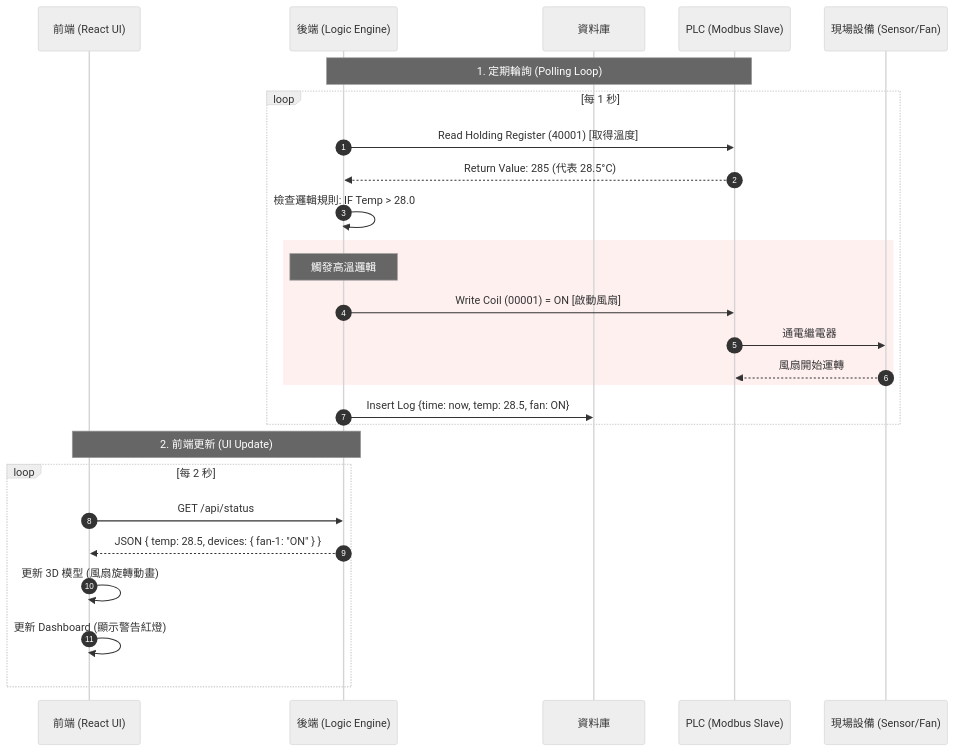
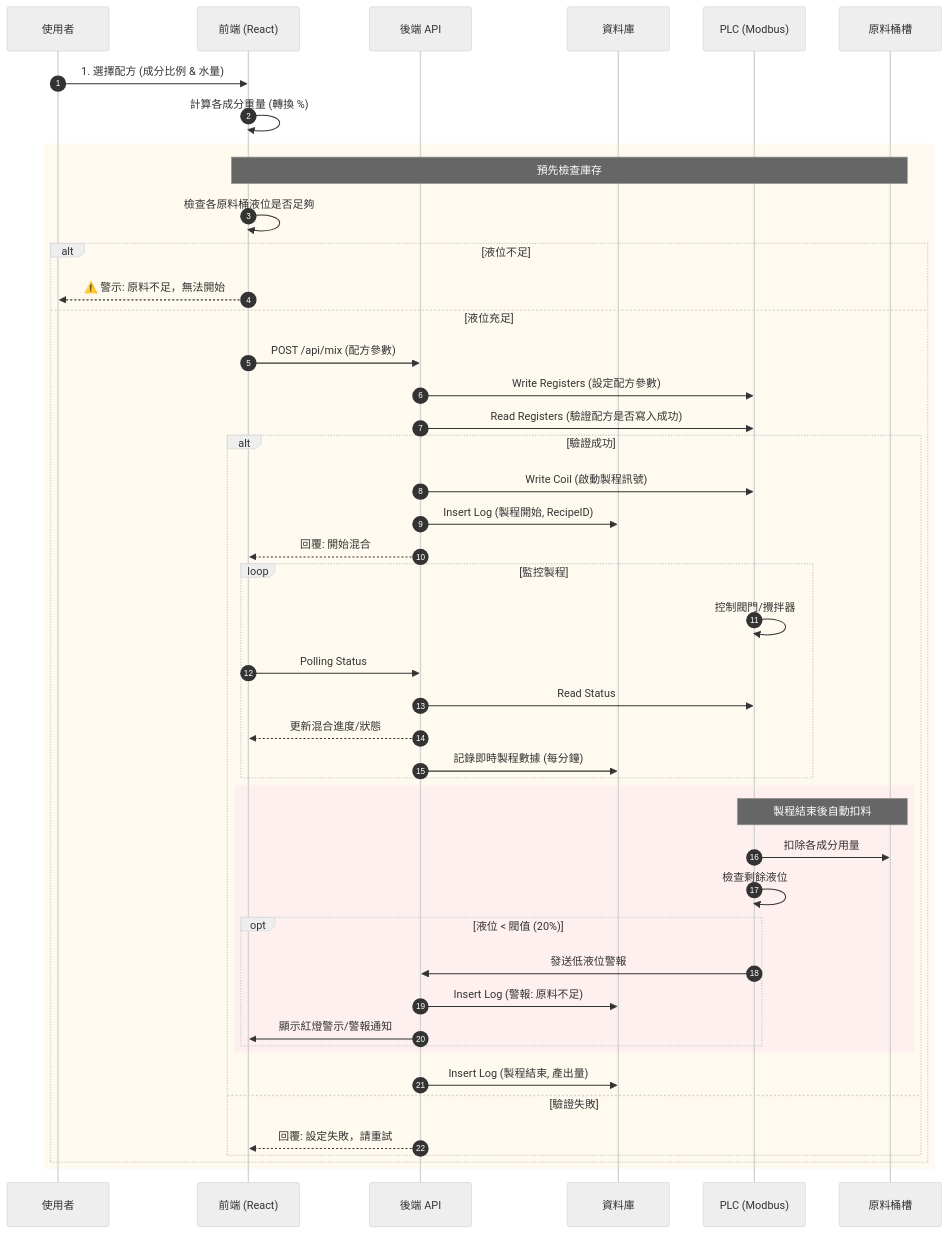
One commit to rocklon0526/greenhouse_scada changed the first of 3 diagrams in README.md. Above: the diagram before and after it, drawn with Mermaid (neutral theme). The commit also changed other lines of this file and 17 other files, not shown here.

````diff
--- a/README.md
+++ b/README.md
@@ -163,37 +23,56 @@
 ```mermaid
 sequenceDiagram
     autonumber
-    participant Frontend as 前端 (React UI)
-    participant Backend as 後端 (Logic Engine)
+    participant User as 使用者
+    participant FE as 前端 (React)
+    participant BE as 後端 API
     participant DB as 資料庫
-    participant PLC as PLC (Modbus Slave)
-    participant Devices as 現場設備 (Sensor/Fan)
+    participant PLC as PLC (Modbus)
+    participant DosingTanks as 原料桶槽
 
-    Note over Backend, PLC: 1. 定期輪詢 (Polling Loop)
+    User->>FE: 1. 選擇配方 (成分比例 & 水量)
+    FE->>FE: 計算各成分重量 (轉換 %)
     
-    loop 每 1 秒
-        Backend->>PLC: Read Holding Register (40001) [取得溫度]
-        PLC-->>Backend: Return Value: 285 (代表 28.5°C)
-        
-        Backend->>Backend: 檢查邏輯規則: IF Temp > 28.0
-        
-        rect rgb(255, 240, 240)
-            Note over Backend: 觸發高溫邏輯
-            Backend->>PLC: Write Coil (00001) = ON [啟動風扇]
-            PLC->>Devices: 通電繼電器
-            Devices-->>PLC: 風扇開始運轉
+    rect rgb(255, 250, 240)
+        Note over FE, DosingTanks: 預先檢查庫存
+        FE->>FE: 檢查各原料桶液位是否足夠
+        alt 液位不足
+            FE-->>User: ⚠️ 警示: 原料不足，無法開始
+        else 液位充足
+            FE->>BE: POST /api/mix (配方參數)
+            BE->>PLC: Write Registers (設定配方參數)
+            BE->>PLC: Read Registers (驗證配方是否寫入成功)
+            
+            alt 驗證成功
+                BE->>PLC: Write Coil (啟動製程訊號)
+                BE->>DB: Insert Log (製程開始, RecipeID)
+                BE-->>FE: 回覆: 開始混合
+                
+                loop 監控製程
+                    PLC->>PLC: 控制閥門/攪拌器
+                    FE->>BE: Polling Status
+                    BE->>PLC: Read Status
+                    BE-->>FE: 更新混合進度/狀態
+                    BE->>DB: 記錄即時製程數據 (每分鐘)
+                end
+
+                rect rgb(255, 240, 240)
+                    Note over PLC, DosingTanks: 製程結束後自動扣料
+                    PLC->>DosingTanks: 扣除各成分用量
+                    PLC->>PLC: 檢查剩餘液位
+                    
+                    opt 液位 < 閥值 (20%)
+                        PLC->>BE: 發送低液位警報
+                        BE->>DB: Insert Log (警報: 原料不足)
+                        BE->>FE: 顯示紅燈警示/警報通知
+                    end
+                end
+                
+                BE->>DB: Insert Log (製程結束, 產出量)
+
+            else 驗證失敗
+                BE-->>FE: 回覆: 設定失敗，請重試
+            end
         end
-        
-        Backend->>DB: Insert Log {time: now, temp: 28.5, fan: ON}
-    end
-
-    Note over Frontend, Backend: 2. 前端更新 (UI Update)
-
-    loop 每 2 秒
-        Frontend->>Backend: GET /api/status
-        Backend-->>Frontend: JSON { temp: 28.5, devices: { fan-1: "ON" } }
-        
-        Frontend->>Frontend: 更新 3D 模型 (風扇旋轉動畫)
-        Frontend->>Frontend: 更新 Dashboard (顯示警告紅燈)
     end
 ```
````
